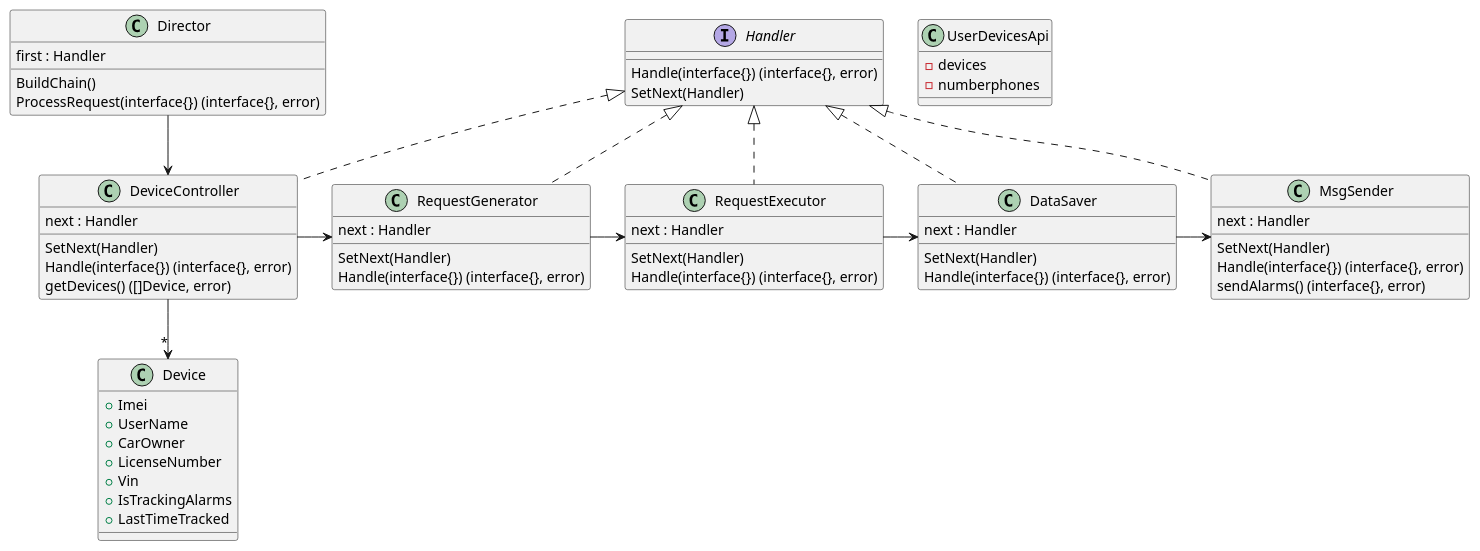
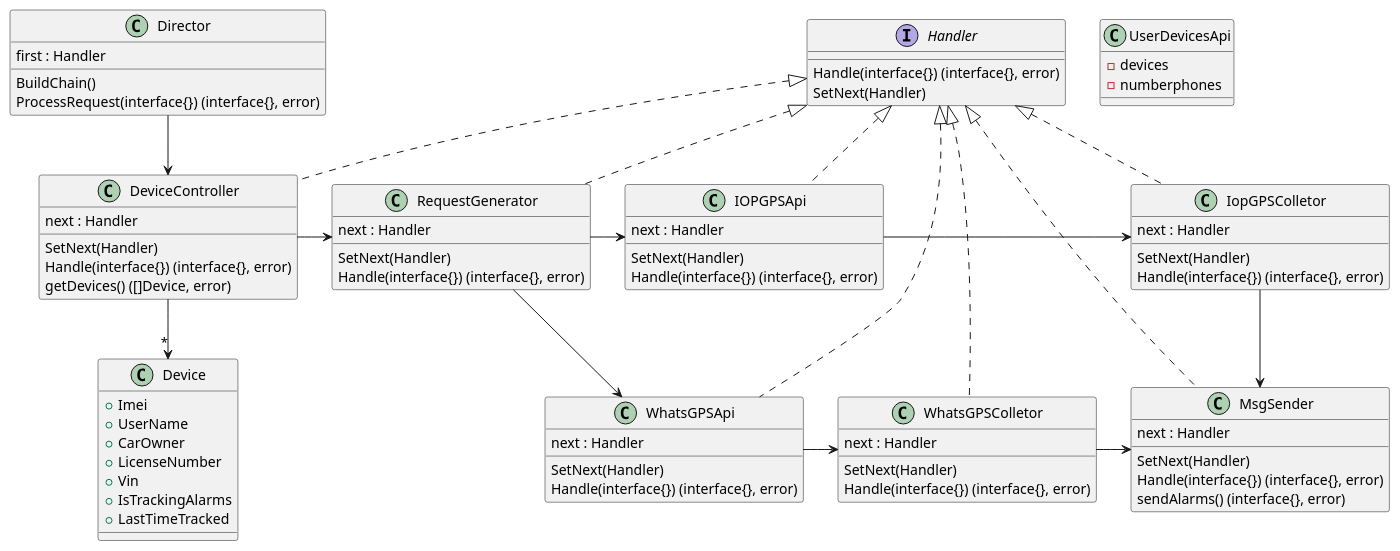
One commit to indrod-group/get_device_alarms changed the diagram in docs/design.puml. Above: the diagram before and after it, drawn with PlantUML. The commit also changed 7 other files, not shown here.

```diff
--- a/docs/design.puml
+++ b/docs/design.puml
@@ -1,68 +1,83 @@
 @startuml design
 
 interface Handler {
     Handle(interface{}) (interface{}, error)
     SetNext(Handler)
 }
 
 class DeviceController implements Handler {
     next : Handler
     SetNext(Handler)
     Handle(interface{}) (interface{}, error)
     getDevices() ([]Device, error)
 }
 class Device {
     + Imei
 	+ UserName
 	+ CarOwner
 	+ LicenseNumber
 	+ Vin
 	+ IsTrackingAlarms
 	+ LastTimeTracked
 }
 
 DeviceController -down-> "*" Device
 
 class RequestGenerator implements Handler {
     next : Handler
     SetNext(Handler)
     Handle(interface{}) (interface{}, error)
 }
 
-class RequestExecutor implements Handler {
+class IOPGPSApi implements Handler {
     next : Handler
     SetNext(Handler)
     Handle(interface{}) (interface{}, error)
 }
 
-class DataSaver implements Handler {
+class WhatsGPSApi implements Handler {
+    next : Handler
+    SetNext(Handler)
+    Handle(interface{}) (interface{}, error)
+}
+
+class WhatsGPSColletor implements Handler {
+    next : Handler
+    SetNext(Handler)
+    Handle(interface{}) (interface{}, error)
+}
+
+class IopGPSColletor implements Handler {
     next : Handler
     SetNext(Handler)
     Handle(interface{}) (interface{}, error)
 }
 
 class UserDevicesApi {
     - devices
     - numberphones
 }
 
 class MsgSender implements Handler {
     next : Handler
     SetNext(Handler)
     Handle(interface{}) (interface{}, error)
     sendAlarms() (interface{}, error)
 }
 
 class Director {
     first : Handler
     BuildChain()
     ProcessRequest(interface{}) (interface{}, error)
 }
 
 DeviceController -right-> RequestGenerator
-RequestGenerator -right-> RequestExecutor
-RequestExecutor -right-> DataSaver
-DataSaver -right-> MsgSender
+RequestGenerator -right-> IOPGPSApi
+RequestGenerator -down-> WhatsGPSApi
+IOPGPSApi -right-> IopGPSColletor
+WhatsGPSApi -right-> WhatsGPSColletor
+WhatsGPSColletor -right-> MsgSender
+IopGPSColletor -right-> MsgSender
 Director -down-> DeviceController
 
 @enduml
```
